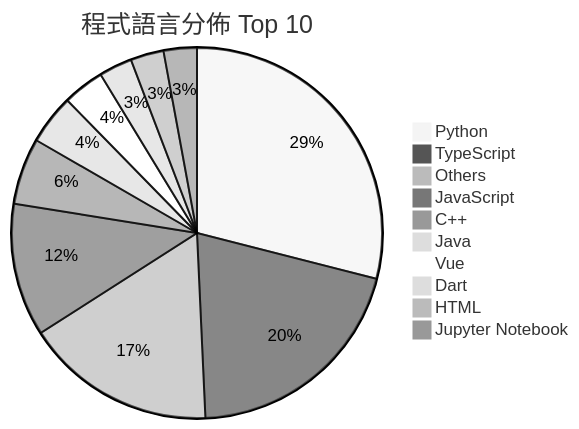
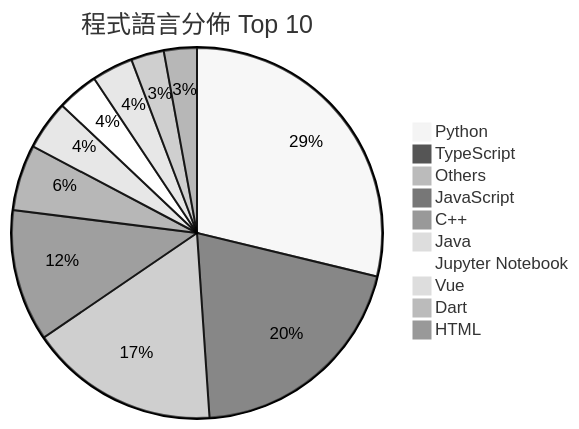
One commit to Andy87877/GitHub-Star-Manager changed the second of 2 diagrams in README.md. Above: the diagram before and after it, drawn with Mermaid (neutral theme). The commit also changed other lines of this file and 3 other files, not shown here.

````diff
--- a/README.md
+++ b/README.md
@@ -27,13 +27,13 @@
 ```mermaid
 pie title 程式語言分佈 Top 10
     "Python" : 40
     "TypeScript" : 28
     "Others" : 23
     "JavaScript" : 16
     "C++" : 8
     "Java" : 6
+    "Jupyter Notebook" : 5
     "Vue" : 5
     "Dart" : 4
     "HTML" : 4
-    "Jupyter Notebook" : 4
 ```
````
